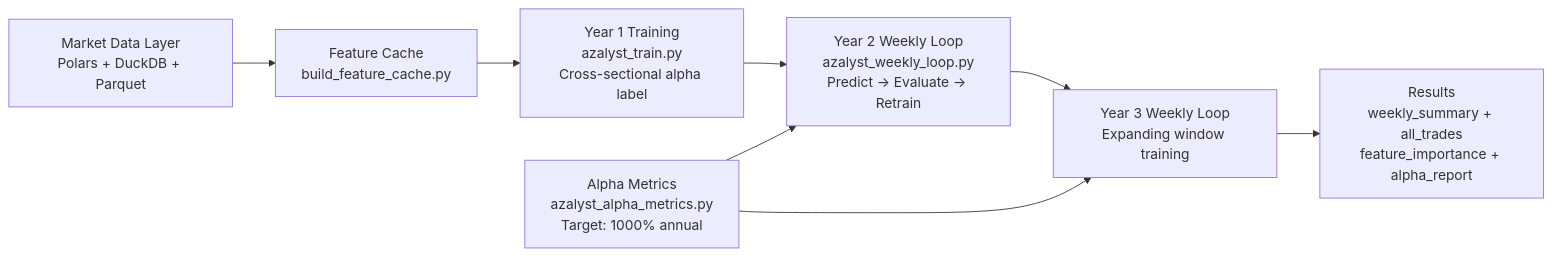
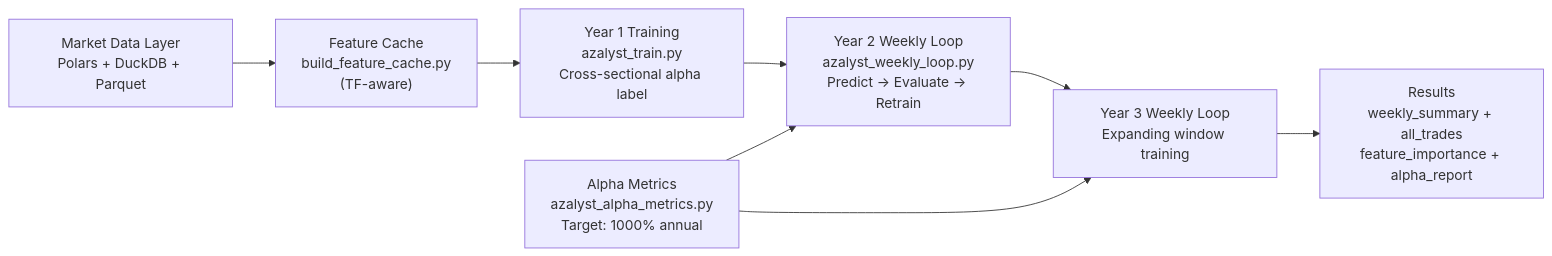
One commit to gitdhirajsv/Azalyst-Alpha-Research-Engine changed the diagram in README.md. Above: the diagram before and after it, drawn with Mermaid. The commit also changed other lines of this file and 6 other files, not shown here.

````diff
--- a/README.md
+++ b/README.md
@@ -40,10 +76,10 @@
 ```mermaid
 flowchart LR
-    A["Market Data Layer\nPolars + DuckDB + Parquet"] --> B["Feature Cache\nbuild_feature_cache.py"]
+    A["Market Data Layer\nPolars + DuckDB + Parquet"] --> B["Feature Cache\nbuild_feature_cache.py\n(TF-aware)"]
     B --> C["Year 1 Training\nazalyst_train.py\nCross-sectional alpha label"]
     C --> D["Year 2 Weekly Loop\nazalyst_weekly_loop.py\nPredict → Evaluate → Retrain"]
     D --> E["Year 3 Weekly Loop\nExpanding window training"]
     E --> F["Results\nweekly_summary + all_trades\nfeature_importance + alpha_report"]
     G["Alpha Metrics\nazalyst_alpha_metrics.py\nTarget: 1000% annual"] --> D
     G --> E
 ```
````
